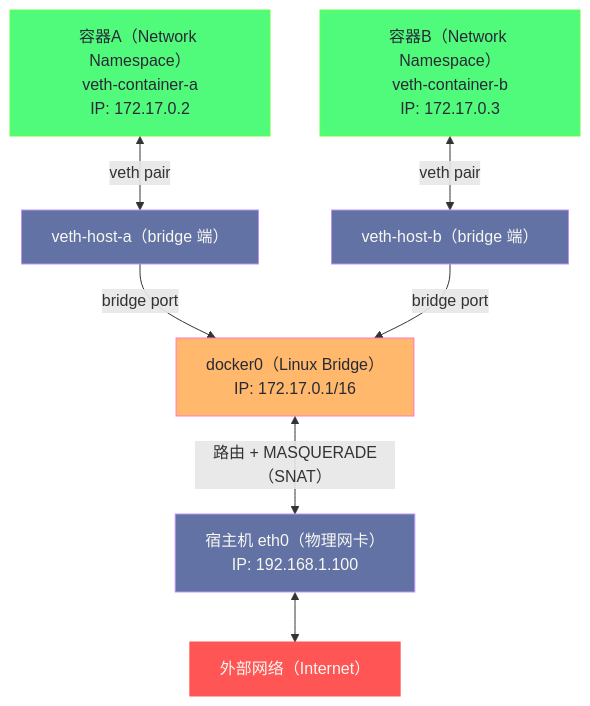
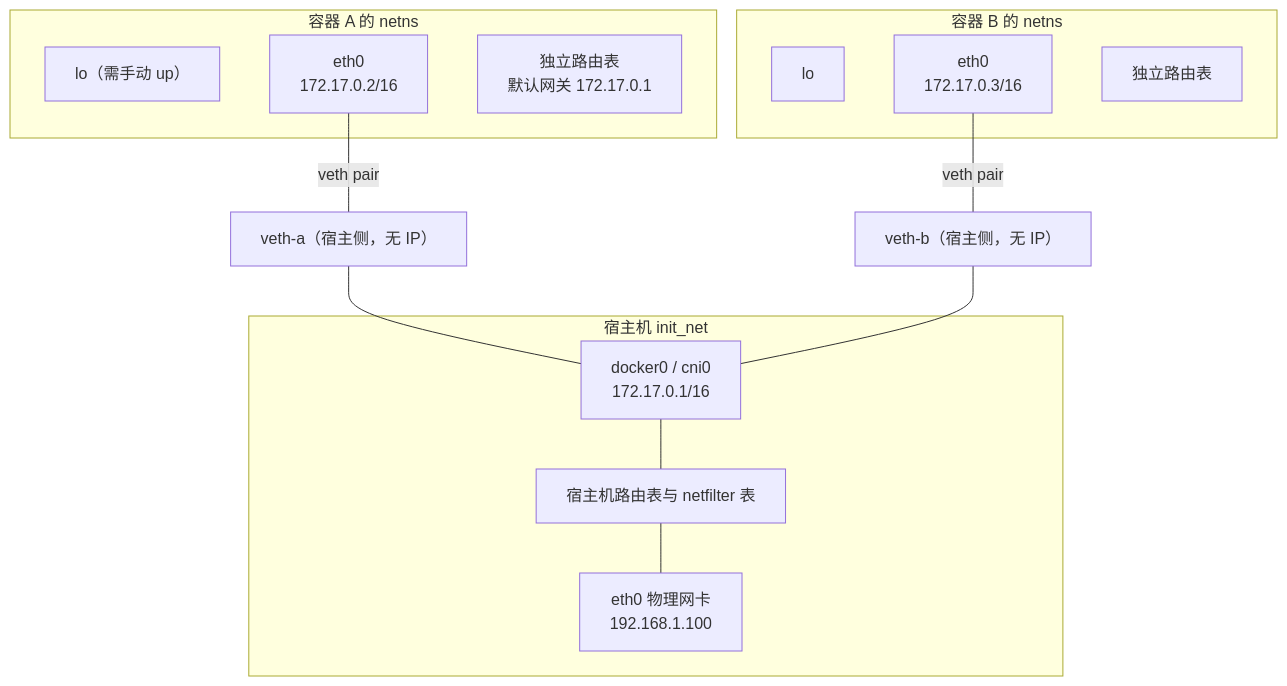
Before and after one commit to hpliStartAgain/my-brain: the first of 6 diagrams in content/Linux/网络协议栈与IO/09 容器网络原理——veth、bridge、iptables 与 eBPF.md, drawn with Mermaid. The commit also changed other lines of this file and 455 other files, not shown here.

````diff
--- a/content/Linux/网络协议栈与IO/09 容器网络原理——veth、bridge、iptables 与 eBPF.md
+++ b/content/Linux/网络协议栈与IO/09 容器网络原理——veth、bridge、iptables 与 eBPF.md
@@ -223,23 +75,25 @@
 ```mermaid
 %%{init: {'theme': 'dracula'}}%%
 graph TD
-    classDef host fill:#6272a4,stroke:#bd93f9,color:#f8f8f2
-    classDef bridge fill:#ffb86c,stroke:#ff79c6,color:#282a36
-    classDef container fill:#50fa7b,stroke:#69ff47,color:#282a36
-    classDef ext fill:#ff5555,stroke:#ff5555,color:#f8f8f2
-
-    ETH["宿主机 eth0（物理网卡）</br>IP: 192.168.1.100"]:::host
-    DOCKER0["docker0（Linux Bridge）</br>IP: 172.17.0.1/16"]:::bridge
-    VETH_A["veth-host-a（bridge 端）"]:::host
-    VETH_B["veth-host-b（bridge 端）"]:::host
-    CON_A["容器A（Network Namespace）</br>veth-container-a</br>IP: 172.17.0.2"]:::container
-    CON_B["容器B（Network Namespace）</br>veth-container-b</br>IP: 172.17.0.3"]:::container
-    INTERNET["外部网络（Internet）"]:::ext
-
-    CON_A <-->|"veth pair"| VETH_A
-    CON_B <-->|"veth pair"| VETH_B
-    VETH_A -->|"bridge port"| DOCKER0
-    VETH_B -->|"bridge port"| DOCKER0
-    DOCKER0 <-->|"路由 + MASQUERADE（SNAT）"| ETH
-    ETH <--> INTERNET
+    subgraph HOST["宿主机 init_net"]
+        ETH["eth0 物理网卡<br/>192.168.1.100"]
+        HOSTRT["宿主机路由表与 netfilter 表"]
+        BR["docker0 / cni0<br/>172.17.0.1/16"]
+    end
+    subgraph NS1["容器 A 的 netns"]
+        LO1["lo（需手动 up）"]
+        E1["eth0<br/>172.17.0.2/16"]
+        RT1["独立路由表<br/>默认网关 172.17.0.1"]
+    end
+    subgraph NS2["容器 B 的 netns"]
+        LO2["lo"]
+        E2["eth0<br/>172.17.0.3/16"]
+        RT2["独立路由表"]
+    end
+    E1 ---|"veth pair"| V1["veth-a（宿主侧，无 IP）"]
+    E2 ---|"veth pair"| V2["veth-b（宿主侧，无 IP）"]
+    V1 --- BR
+    V2 --- BR
+    BR --- HOSTRT
+    HOSTRT --- ETH
 ```
````
